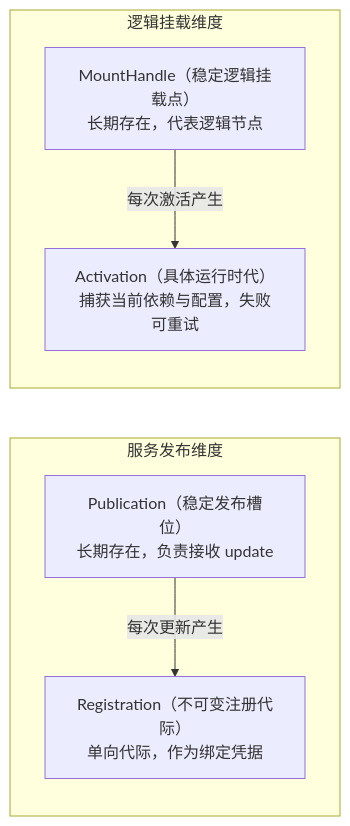
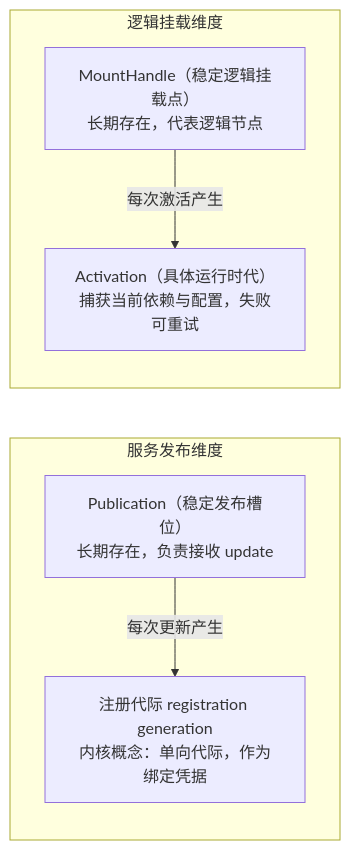
The first of 2 diagrams in docs/03-高级架构/01-API与内核架构指南.md (fjay/knotra), drawn with Mermaid before and after one commit. The commit also changed other lines of this file and 3 other files, not shown here.

````diff
--- a/docs/03-高级架构/01-API与内核架构指南.md
+++ b/docs/03-高级架构/01-API与内核架构指南.md
@@ -11,9 +11,9 @@
 ```mermaid
 graph LR
     subgraph 服务发布维度
-        P["Publication（稳定发布槽位）<br/>长期存在，负责接收 update"] -->|每次更新产生| R["Registration（不可变注册代际）<br/>单向代际，作为绑定凭据"]
+        P["Publication（稳定发布槽位）<br/>长期存在，负责接收 update"] -->|每次更新产生| R["注册代际 registration generation<br/>内核概念：单向代际，作为绑定凭据"]
     end
     subgraph 逻辑挂载维度
         M["MountHandle（稳定逻辑挂载点）<br/>长期存在，代表逻辑节点"] -->|每次激活产生| A["Activation（具体运行时代）<br/>捕获当前依赖与配置，失败可重试"]
     end
 ```
````
